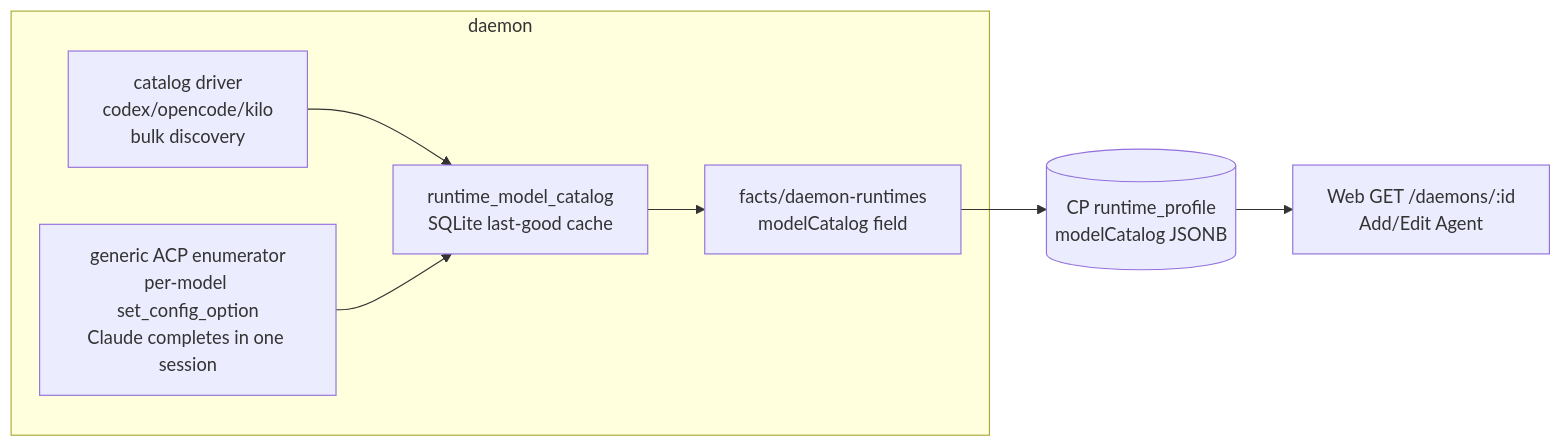
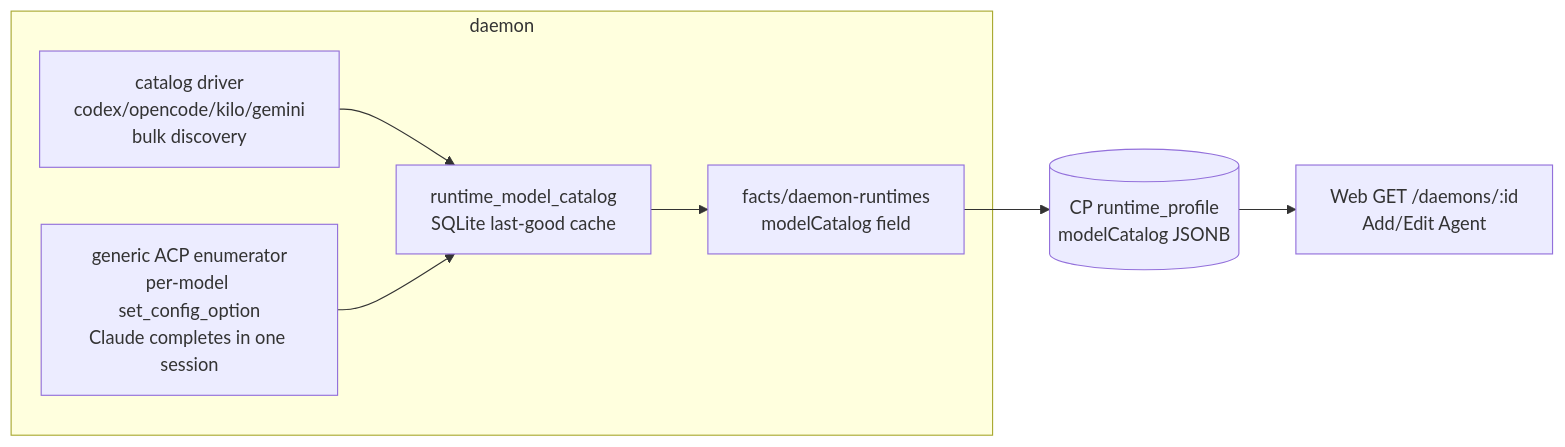
Before and after one commit to Harbor404/agentconnect: the first of 2 diagrams in docs/designs/runtime-model-catalog.md, drawn with Mermaid. The commit also changed other lines of this file and 16 other files, not shown here.

First line of the commit message:
feat(daemon): give Gemini CLI a model catalog and launch-time model selection (#2208)

````diff
--- a/docs/designs/runtime-model-catalog.md
+++ b/docs/designs/runtime-model-catalog.md
@@ -77,10 +77,10 @@
 ```mermaid
 flowchart LR
   subgraph daemon
-    D1[catalog driver<br/>codex/opencode/kilo<br/>bulk discovery] --> M
+    D1[catalog driver<br/>codex/opencode/kilo/gemini<br/>bulk discovery] --> M
     D2[generic ACP enumerator<br/>per-model set_config_option<br/>Claude completes in one session] --> M
     M[runtime_model_catalog<br/>SQLite last-good cache] --> R[facts/daemon-runtimes<br/>modelCatalog field]
   end
   R --> CP[(CP runtime_profile<br/>modelCatalog JSONB)]
   CP --> W[Web GET /daemons/:id<br/>Add/Edit Agent]
 ```
````
